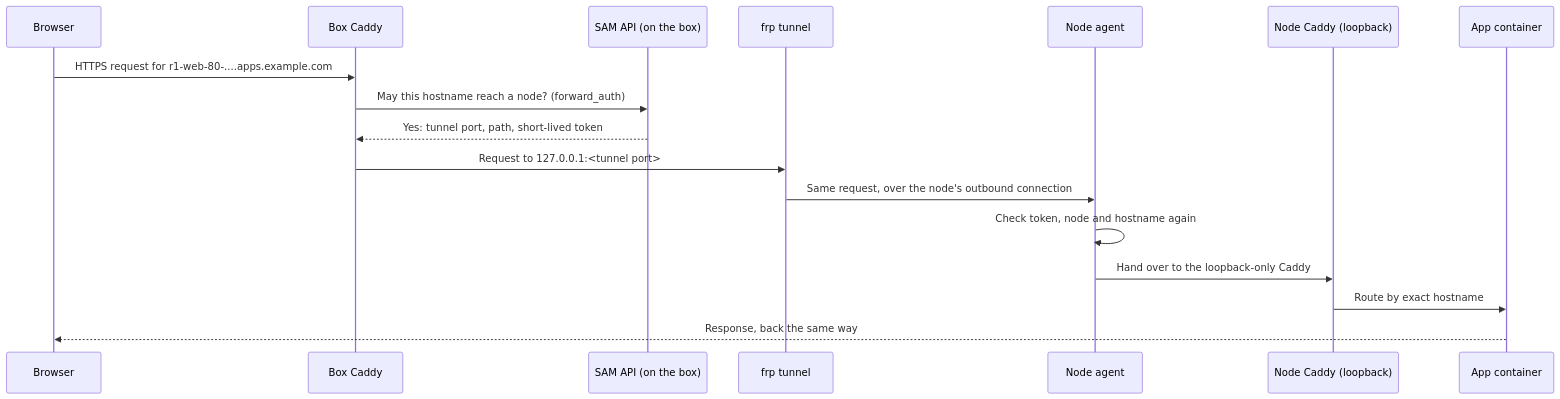
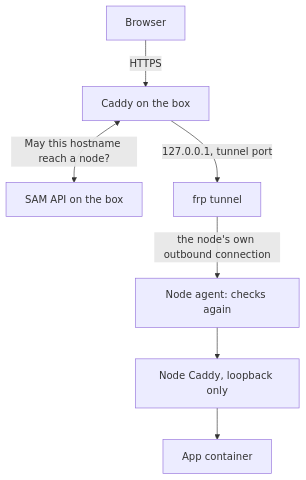
The diagram in apps/www/src/content/blog/sams-journal-serving-apps-with-no-open-ports.md (raphaeltm/simple-agent-manager), drawn with Mermaid before and after one commit.

Commit message:
docs(www): use a vertical flowchart so the diagram reads on phones

````diff
--- a/apps/www/src/content/blog/sams-journal-serving-apps-with-no-open-ports.md
+++ b/apps/www/src/content/blog/sams-journal-serving-apps-with-no-open-ports.md
@@ -27,19 +27,9 @@
 ```mermaid
-sequenceDiagram
-    participant B as Browser
-    participant C as Box Caddy
-    participant S as SAM API (on the box)
-    participant T as frp tunnel
-    participant A as Node agent
-    participant N as Node Caddy (loopback)
-    participant App as App container
-    B->>C: HTTPS request for r1-web-80-....apps.example.com
-    C->>S: May this hostname reach a node? (forward_auth)
-    S-->>C: Yes: tunnel port, path, short-lived token
-    C->>T: Request to 127.0.0.1:<tunnel port>
-    T->>A: Same request, over the node's outbound connection
-    A->>A: Check token, node and hostname again
-    A->>N: Hand over to the loopback-only Caddy
-    N->>App: Route by exact hostname
-    App-->>B: Response, back the same way
+flowchart TD
+    B[Browser] -->|HTTPS| C[Caddy on the box]
+    C <-->|May this hostname reach a node?| S[SAM API on the box]
+    C -->|127.0.0.1, tunnel port| T[frp tunnel]
+    T -->|the node's own outbound connection| A[Node agent: checks again]
+    A --> N[Node Caddy, loopback only]
+    N --> App[App container]
 ```
````
